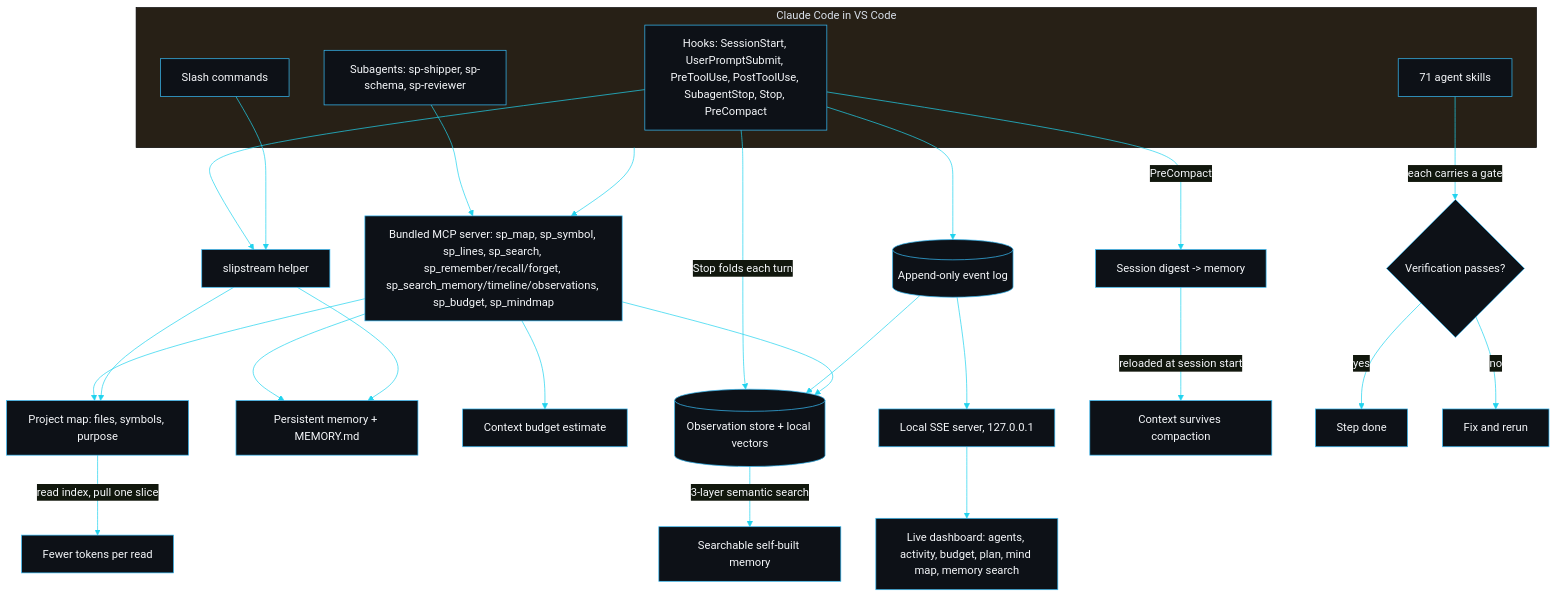
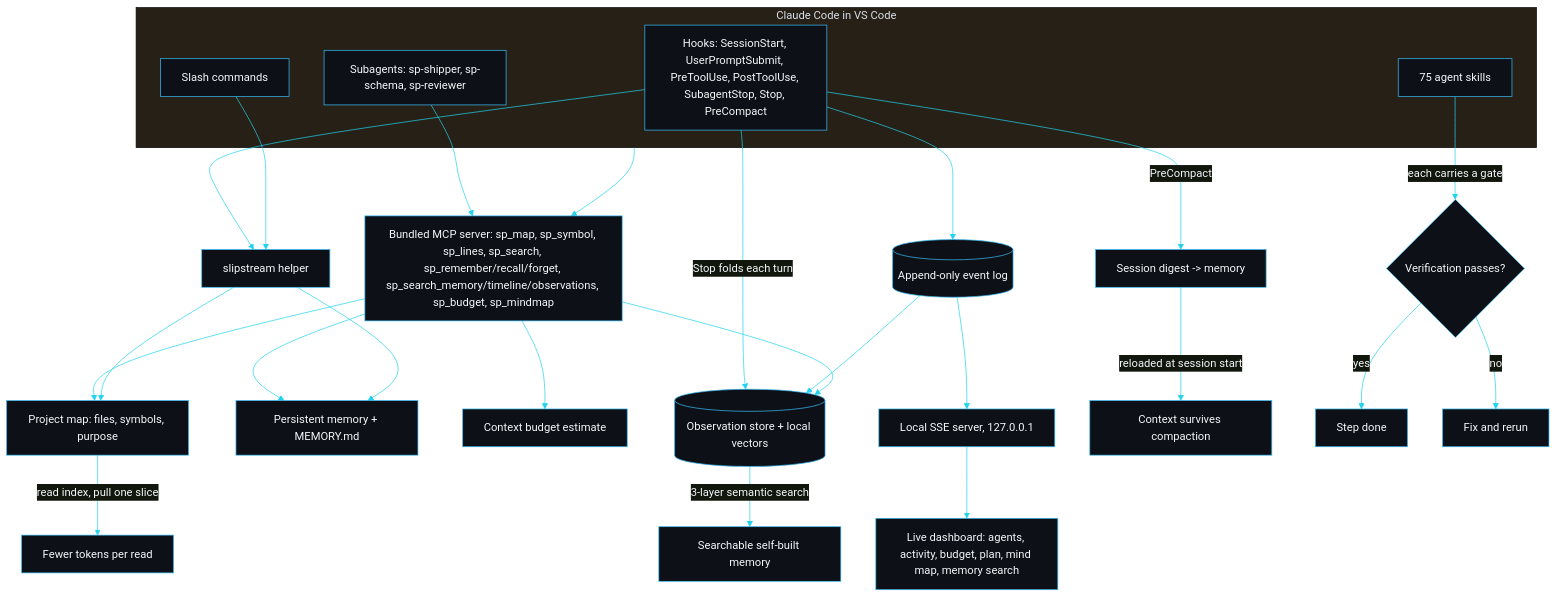
The diagram in README.md (sarmakska/slipstream), drawn with Mermaid before and after one commit. The commit also changed other lines of this file and 2 other files, not shown here.

````diff
--- a/README.md
+++ b/README.md
@@ -240,35 +244,35 @@
 ```mermaid
 %%{init: {'theme':'base','themeVariables':{'primaryColor':'#0d1117','primaryTextColor':'#f5f7fa','primaryBorderColor':'#38bdf8','lineColor':'#22d3ee','fontFamily':'monospace'}}}%%
 flowchart TD
   subgraph CC[Claude Code in VS Code]
     Hooks[Hooks: SessionStart, UserPromptSubmit, PreToolUse, PostToolUse, SubagentStop, Stop, PreCompact]
     Cmds[Slash commands]
-    Skills[71 agent skills]
+    Skills[75 agent skills]
     Agents[Subagents: sp-shipper, sp-schema, sp-reviewer]
   end
 
   CC --> MCP[Bundled MCP server: sp_map, sp_symbol, sp_lines, sp_search, sp_remember/recall/forget, sp_search_memory/timeline/observations, sp_budget, sp_mindmap]
   Hooks --> Helper[slipstream helper]
   Cmds --> Helper
   Agents --> MCP
 
   MCP --> Map[Project map: files, symbols, purpose]
   Helper --> Map
   MCP --> Mem[Persistent memory + MEMORY.md]
   Helper --> Mem
   MCP --> Budget[Context budget estimate]
   Hooks -->|PreCompact| Digest[Session digest -> memory]
   Hooks --> Log[(Append-only event log)]
   Hooks -->|Stop folds each turn| Obs[(Observation store + local vectors)]
   Log --> Obs
   MCP --> Obs
   Obs -->|3-layer semantic search| Recall2[Searchable self-built memory]
   Log --> Server[Local SSE server, 127.0.0.1]
   Server --> UI[Live dashboard: agents, activity, budget, plan, mind map, memory search]
 
   Map -->|read index, pull one slice| Tokens[Fewer tokens per read]
   Digest -->|reloaded at session start| Survive[Context survives compaction]
   Skills -->|each carries a gate| Gate{Verification passes?}
   Gate -->|yes| Done[Step done]
   Gate -->|no| Fix[Fix and rerun]
 ```
````
